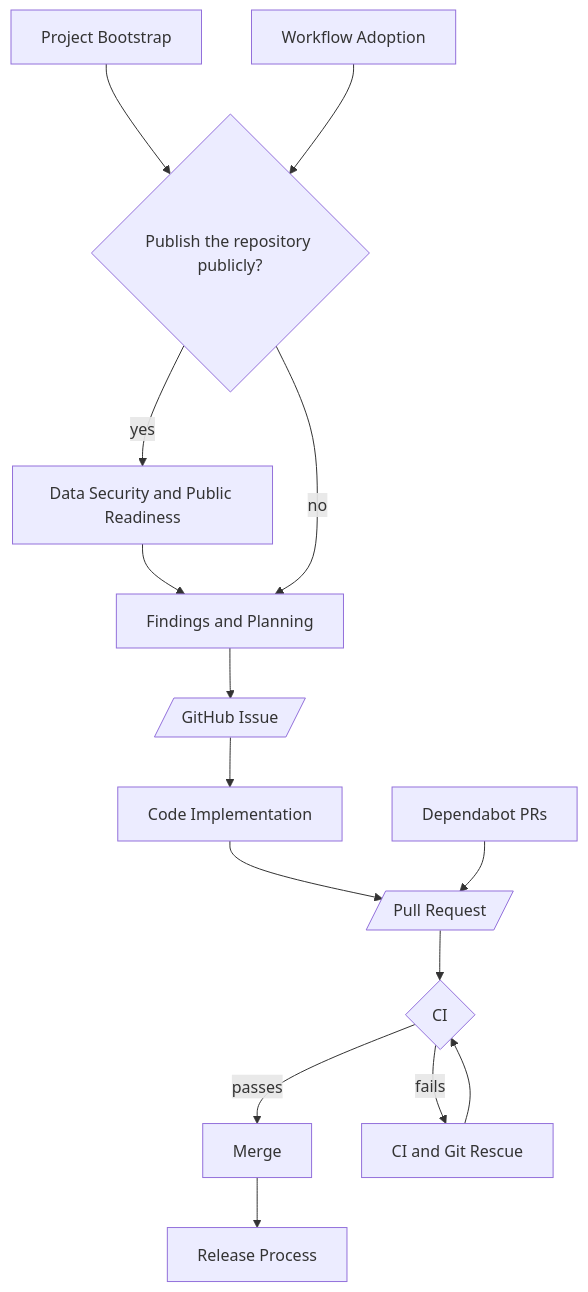
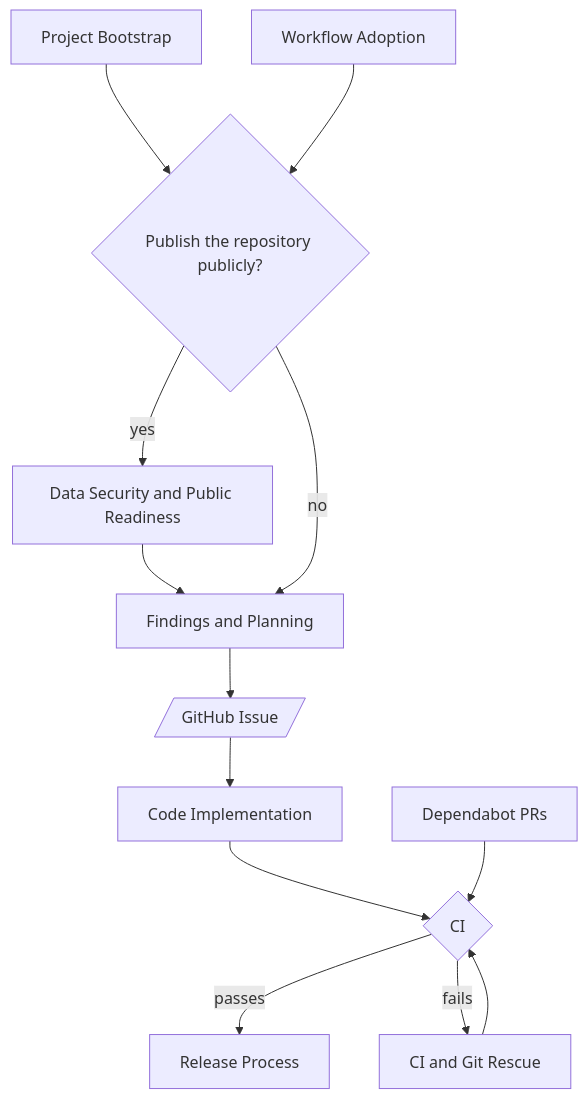
The diagram in README.md (ffooll-bit/GAIN-CODING), drawn with Mermaid before and after one commit. The commit also changed other lines of this file, not shown here.

Commit message:
docs: simplify workflow map and normalize readme blocks

````diff
--- a/README.md
+++ b/README.md
@@ -289,18 +287,16 @@
 ```mermaid
 flowchart TD
     A["Project Bootstrap"] --> C{"Publish the repository publicly?"}
     B["Workflow Adoption"] --> C
     C -->|yes| M["Data Security and Public Readiness"]
     M --> D["Findings and Planning"]
     C -->|no| D
     D --> E[/"GitHub Issue"/]
     E --> F["Code Implementation"]
-    F --> G[/"Pull Request"/]
-    G --> H{"CI"}
-    H -->|passes| I["Merge"]
+    F --> H{"CI"}
+    H -->|passes| K["Release Process"]
     H -->|fails| J["CI and Git Rescue"]
     J --> H
-    I --> K["Release Process"]
     L["Dependabot PRs"]
-    L --> G
+    L --> H
 ```
````
